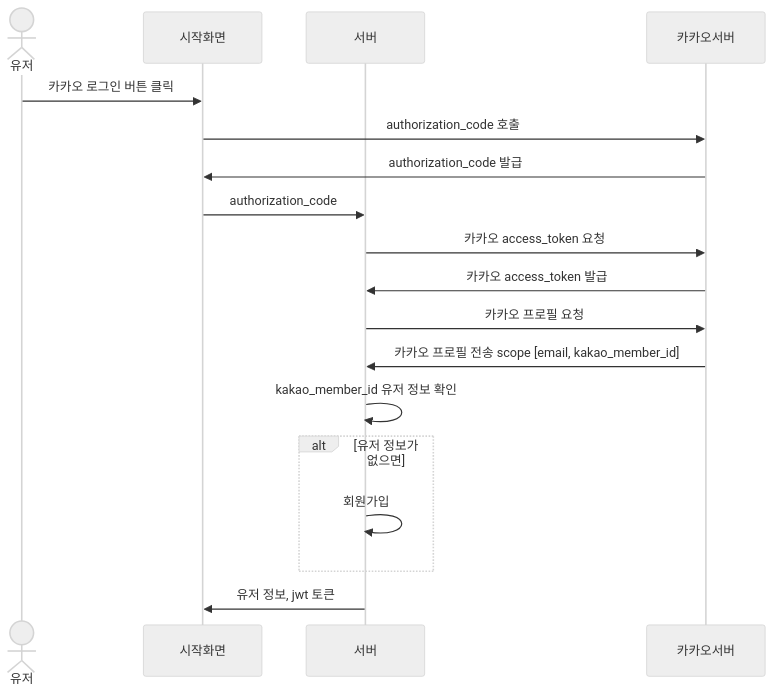
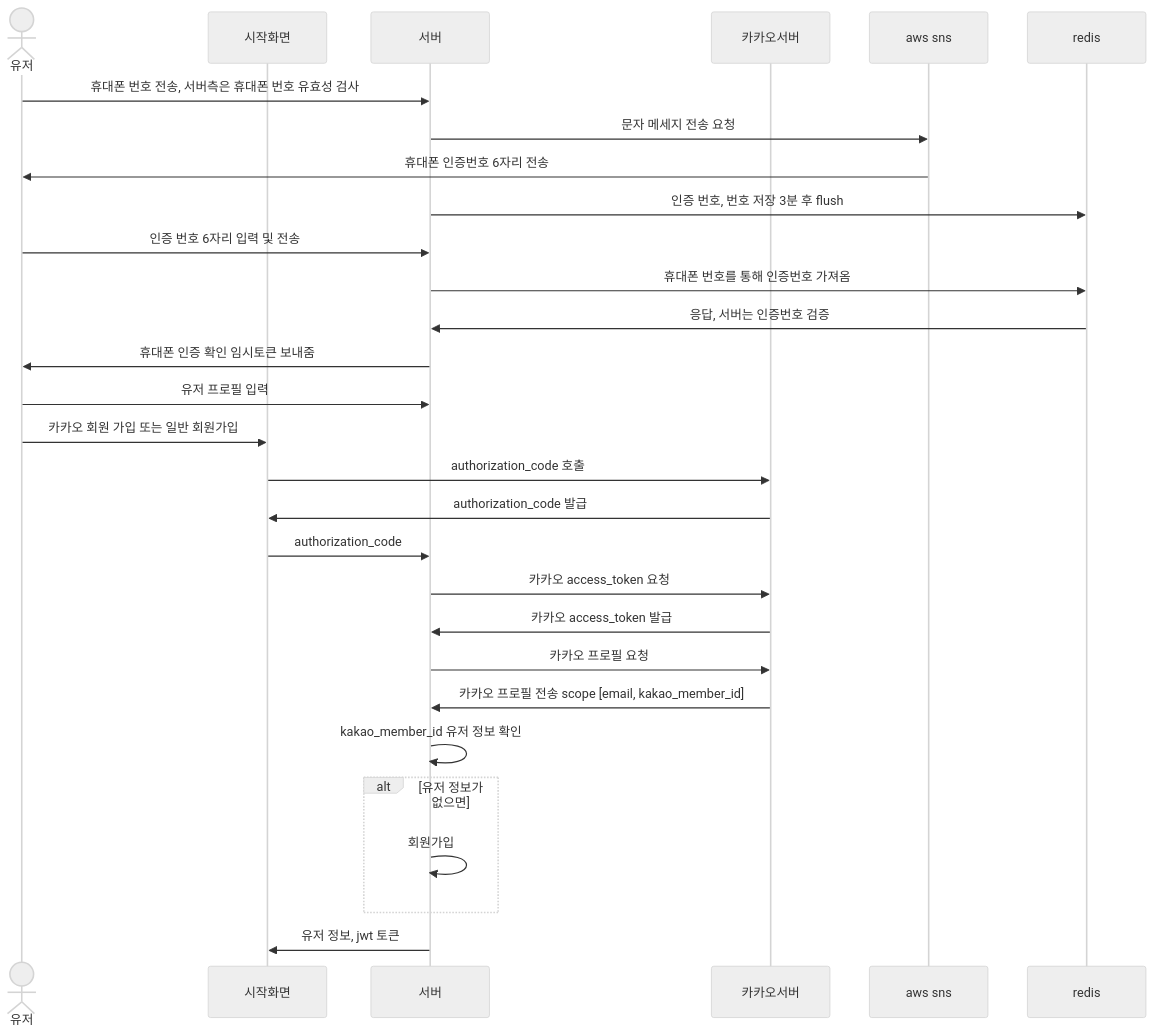
One commit to jinheung90/book-rental-user-service changed the diagram in README.md. Above: the diagram before and after it, drawn with Mermaid (neutral theme). The commit also changed other lines of this file and 57 other files, not shown here.

````diff
--- a/README.md
+++ b/README.md
@@ -27,21 +29,35 @@
 ```mermaid
 sequenceDiagram
+        
     actor 유저
     participant 시작화면
     participant 서버
     participant 카카오서버
+    participant aws sns
+    participant redis
     
-    유저 ->> 시작화면: 카카오 로그인 버튼 클릭
+
+    유저 ->> 서버: 휴대폰 번호 전송, 서버측은 휴대폰 번호 유효성 검사
+    서버 ->> aws sns: 문자 메세지 전송 요청
+    aws sns ->> 유저: 휴대폰 인증번호 6자리 전송
+    서버 ->> redis: 인증 번호, 번호 저장 3분 후 flush
+    유저 ->> 서버: 인증 번호 6자리 입력 및 전송
+    서버 ->> redis: 휴대폰 번호를 통해 인증번호 가져옴
+    redis ->> 서버: 응답, 서버는 인증번호 검증
+    서버 ->> 유저: 휴대폰 인증 확인 임시토큰 보내줌
+    유저 ->> 서버: 유저 프로필 입력
+    유저 ->> 시작화면: 카카오 회원 가입 또는 일반 회원가입
+    
     시작화면 ->> 카카오서버: authorization_code 호출
     카카오서버 ->> 시작화면: authorization_code 발급
     시작화면 ->> 서버: authorization_code
     서버 ->> 카카오서버: 카카오 access_token 요청
     카카오서버 ->> 서버: 카카오 access_token 발급
     서버 ->> 카카오서버: 카카오 프로필 요청
     카카오서버 ->> 서버: 카카오 프로필 전송 scope [email, kakao_member_id]
     서버 ->> 서버: kakao_member_id 유저 정보 확인
     alt 유저 정보가 없으면 
         서버 ->> 서버: 회원가입
     end
     서버 ->> 시작화면: 유저 정보, jwt 토큰
 ```
````
